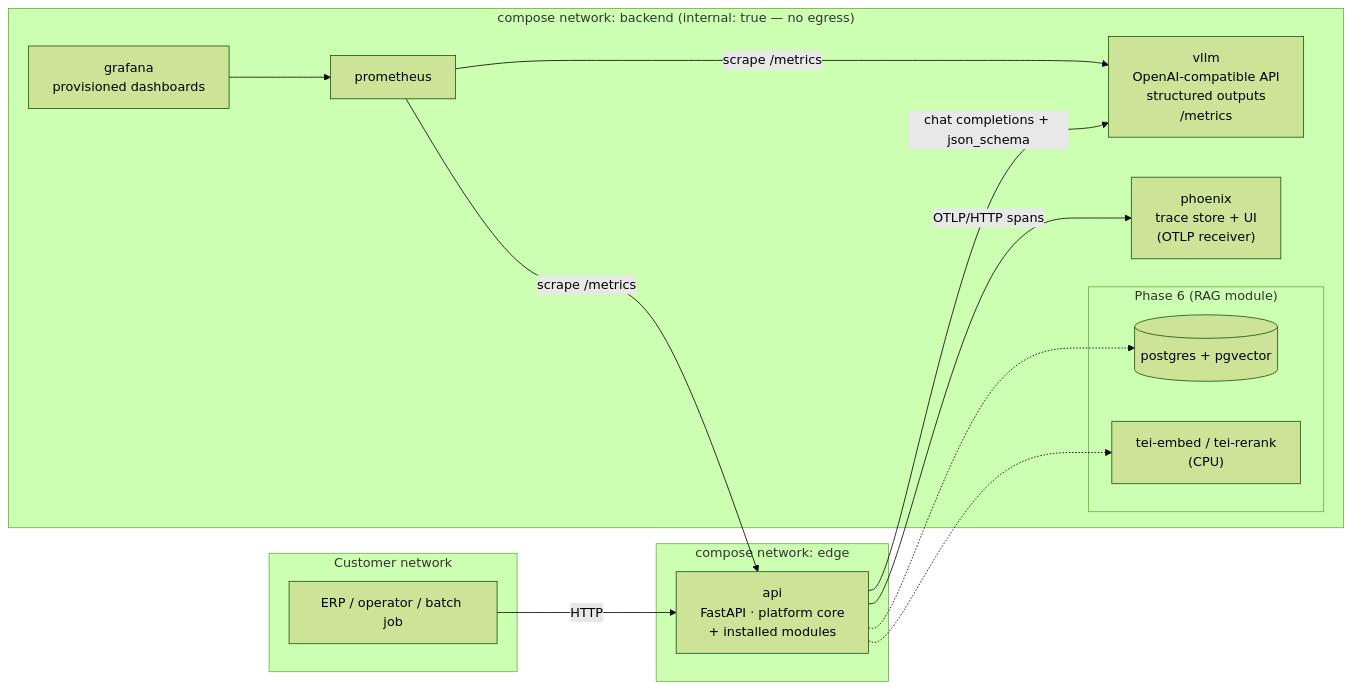
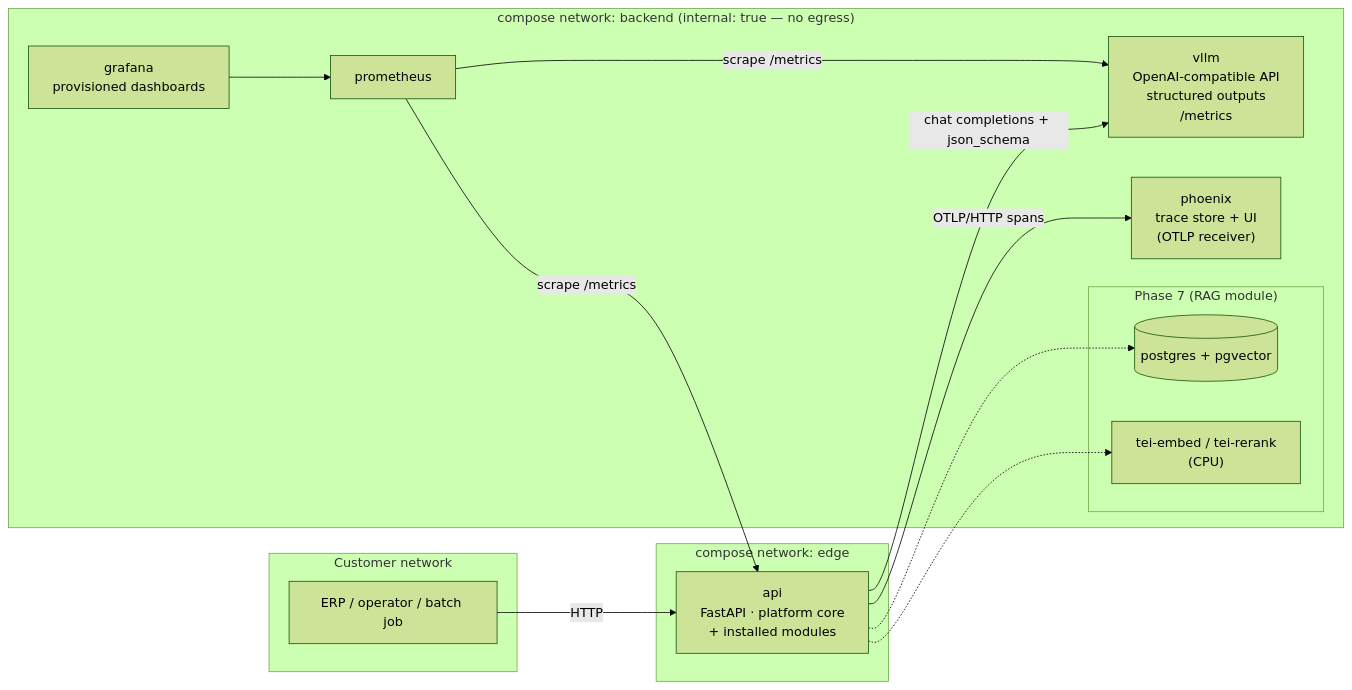
One commit to calogero93/llm_platform changed the first of 3 diagrams in docs/ARCHITECTURE.md. Above: the diagram before and after it, drawn with Mermaid (forest theme). The commit also changed other lines of this file and 10 other files, not shown here.

````diff
--- a/docs/ARCHITECTURE.md
+++ b/docs/ARCHITECTURE.md
@@ -14,30 +14,30 @@
 ```mermaid
 flowchart LR
     subgraph client["Customer network"]
         user["ERP / operator / batch job"]
     end
 
     subgraph edge["compose network: edge"]
         api["api<br/>FastAPI · platform core<br/>+ installed modules"]
     end
 
     subgraph backend["compose network: backend (internal: true — no egress)"]
         vllm["vllm<br/>OpenAI-compatible API<br/>structured outputs<br/>/metrics"]
         phoenix["phoenix<br/>trace store + UI<br/>(OTLP receiver)"]
         prom["prometheus"]
         graf["grafana<br/>provisioned dashboards"]
-        subgraph later["Phase 6 (RAG module)"]
+        subgraph later["Phase 7 (RAG module)"]
             pg[("postgres + pgvector")]
             tei["tei-embed / tei-rerank<br/>(CPU)"]
         end
     end
 
     user -->|HTTP| api
     api -->|chat completions + json_schema| vllm
     api -->|OTLP/HTTP spans| phoenix
     prom -->|scrape /metrics| vllm
     prom -->|scrape /metrics| api
     graf --> prom
     api -.-> pg
     api -.-> tei
 ```
````
